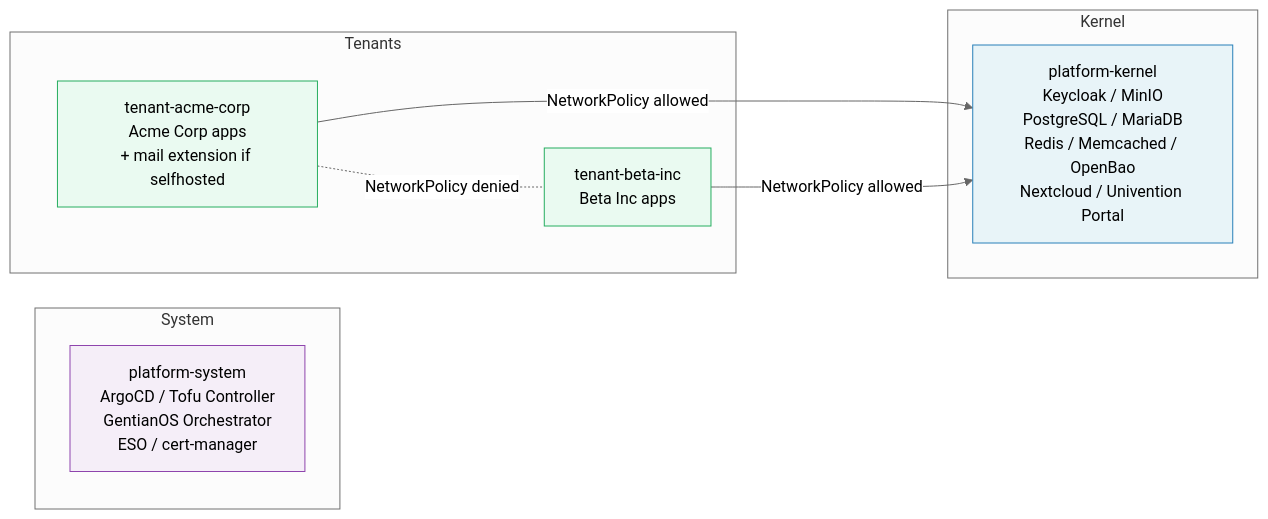
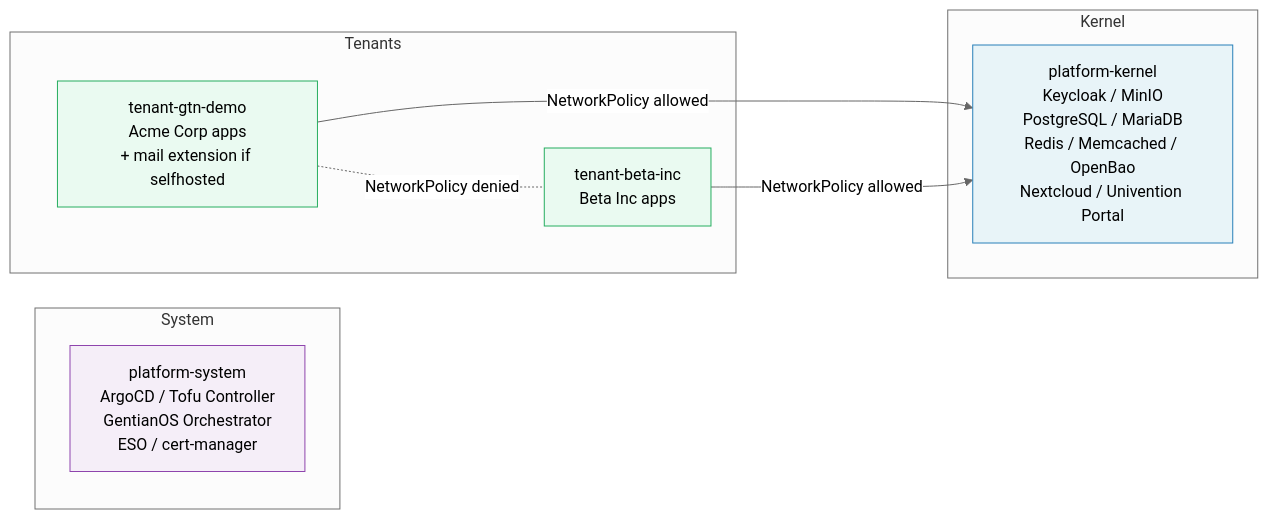
One commit to gentian-org/gentian-os changed the fourth of 4 diagrams in docs/architecture.md. Above: the diagram before and after it, drawn with Mermaid (neutral theme). The commit also changed other lines of this file and 6 other files, not shown here.

Commit message:
housekeeping: mark inc9-14 done, add getting-started.md, rename acme-corp→gtn-demo

````diff
--- a/docs/architecture.md
+++ b/docs/architecture.md
@@ -646,22 +646,22 @@
 ```mermaid
 graph LR
     subgraph Kernel
         PK[platform-kernel\nKeycloak / MinIO\nPostgreSQL / MariaDB\nRedis / Memcached / OpenBao\nNextcloud / Univention Portal]
     end
     subgraph System
         PS[platform-system\nArgoCD / Tofu Controller\nGentianOS Orchestrator\nESO / cert-manager]
     end
     subgraph Tenants
-        TA[tenant-acme-corp\nAcme Corp apps\n+ mail extension if selfhosted]
+        TA[tenant-gtn-demo\nAcme Corp apps\n+ mail extension if selfhosted]
         TB[tenant-beta-inc\nBeta Inc apps]
     end
 
     TA -- NetworkPolicy allowed --> PK
     TB -- NetworkPolicy allowed --> PK
     TA -. NetworkPolicy denied .- TB
 
     style PK fill:#e8f4f8,stroke:#2980b9
     style PS fill:#f5eef8,stroke:#8e44ad
     style TA fill:#eafaf1,stroke:#27ae60
     style TB fill:#eafaf1,stroke:#27ae60
 ```
````
